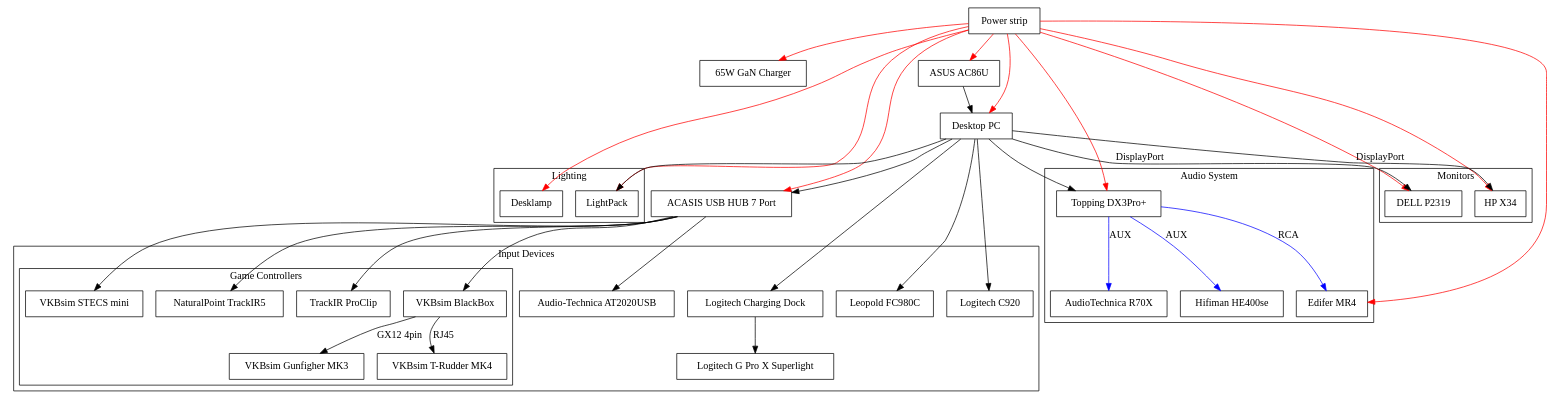
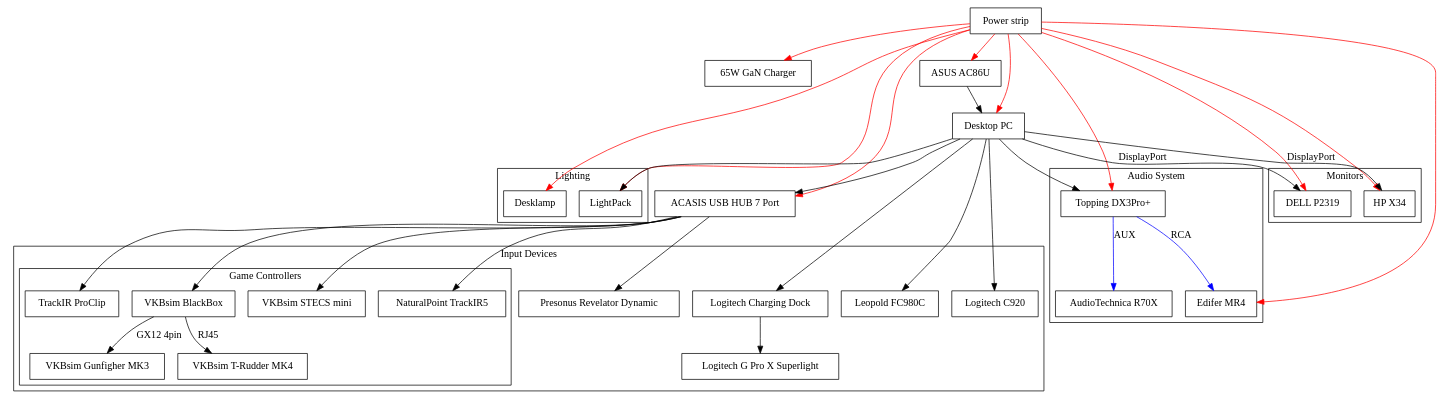
Before and after one commit to junghyun397/dotfiles: the diagram in .raws/desksetup.dot, drawn with Graphviz. The commit also changed 2 other files, not shown here.

```diff
--- a/.raws/desksetup.dot
+++ b/.raws/desksetup.dot
@@ -1,101 +1,99 @@
 digraph desksetup {
     node [shape=box];
     
     powerstrip [label="Power strip"];
 
     charger [label="65W GaN Charger"];
 
     desktop_pc [label="Desktop PC"];
     router [label="ASUS AC86U"];
 
     subgraph cluster_lighting {
         label="Lighting";
 
         desklamp [label="Desklamp"];
         ambient_light [label="LightPack"];
     }
     
     subgraph cluster_monitors {
         label="Monitors";
 
         primary_monitor [label="HP X34"];
         secondary_monitor [label="DELL P2319"];
     }
 
     subgraph cluster_audio_system {
         label="Audio System";
 
         dac_amp [label="Topping DX3Pro+"];
         speakers [label="Edifer MR4"];
         dd_headphones [label="AudioTechnica R70X"];
-        magnetic_headphones [label="Hifiman HE400se"];
 
         edge [color=blue]
         
         dac_amp -> speakers [color=blue label="RCA"];
         dac_amp -> dd_headphones [color=blue label="AUX"];
-        dac_amp -> magnetic_headphones [color=blue label="AUX"];
     }
 
     usb_hub [label="ACASIS USB HUB 7 Port"];
 
     subgraph cluster_input_devices {
         label="Input Devices";
 
         wireless_mouse [label="Logitech G Pro X Superlight"];
         keyboard [label="Leopold FC980C"];
-        microphone [label="Audio-Technica AT2020USB"];
+        microphone [label="Presonus Revelator Dynamic"];
         webcam [label="Logitech C920"];
 
         mouse_charging_dock [label="Logitech Charging Dock"];
 
         subgraph cluster_game_controllers {
             label="Game Controllers";
 
             vkb_blackbox [label="VKBsim BlackBox"];
             joystick [label="VKBsim Gunfigher MK3"];
             pedals [label="VKBsim T-Rudder MK4"];
             throttle [label="VKBsim STECS mini"];
             headtracker [label="NaturalPoint TrackIR5"];
             trackclip [label="TrackIR ProClip"];
 
             vkb_blackbox -> joystick [label="GX12 4pin"];
             vkb_blackbox -> pedals [label="RJ45"];
         }
     }
     
     router -> desktop_pc;
     
     desktop_pc -> primary_monitor [label="DisplayPort"];
     desktop_pc -> secondary_monitor [label="DisplayPort"];
     desktop_pc -> dac_amp;
 
     desktop_pc -> usb_hub;
 
     desktop_pc -> keyboard;
     desktop_pc -> mouse_charging_dock;
     desktop_pc -> webcam;
 
     desktop_pc -> ambient_light;
 
     usb_hub -> vkb_blackbox;
     usb_hub -> throttle;
     usb_hub -> headtracker;
     usb_hub -> trackclip;
     usb_hub -> microphone;
 
     mouse_charging_dock -> wireless_mouse;
    
     edge [color=red]
     
     powerstrip -> desktop_pc;
     powerstrip -> router;
     powerstrip -> charger;
     powerstrip -> primary_monitor;
     powerstrip -> secondary_monitor;
     powerstrip -> usb_hub;
     powerstrip -> dac_amp;
     powerstrip -> speakers;
     powerstrip -> desklamp;
     powerstrip -> ambient_light;
 }
```
